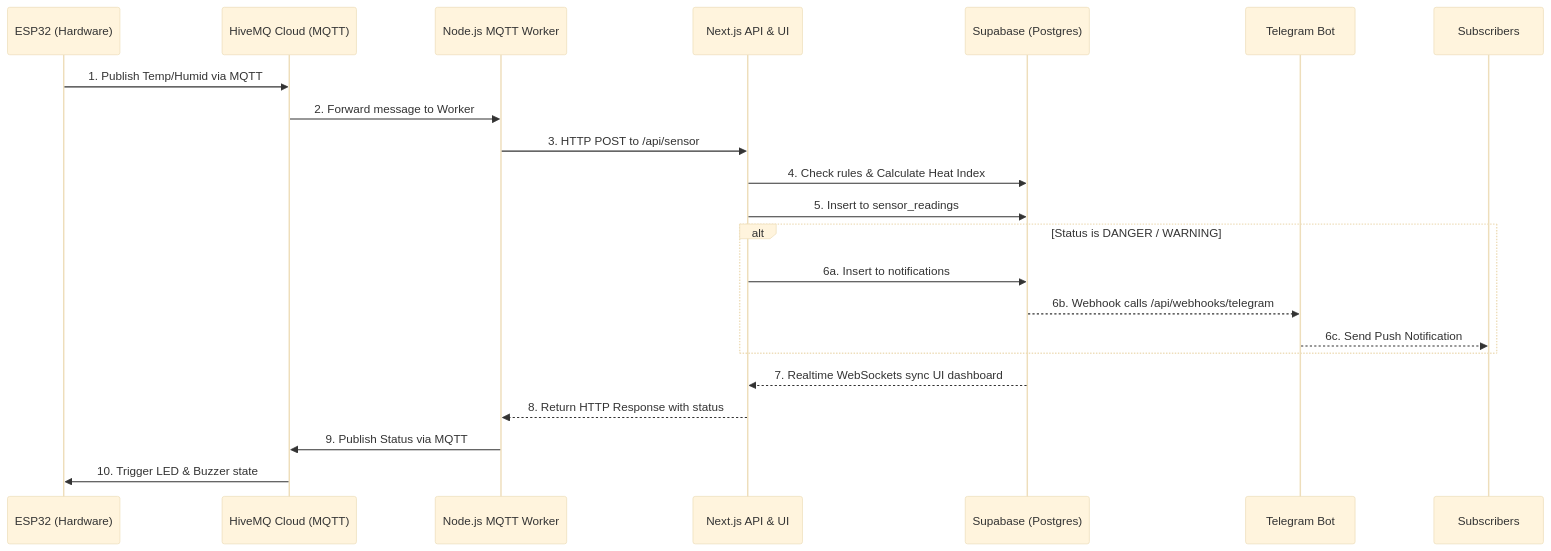
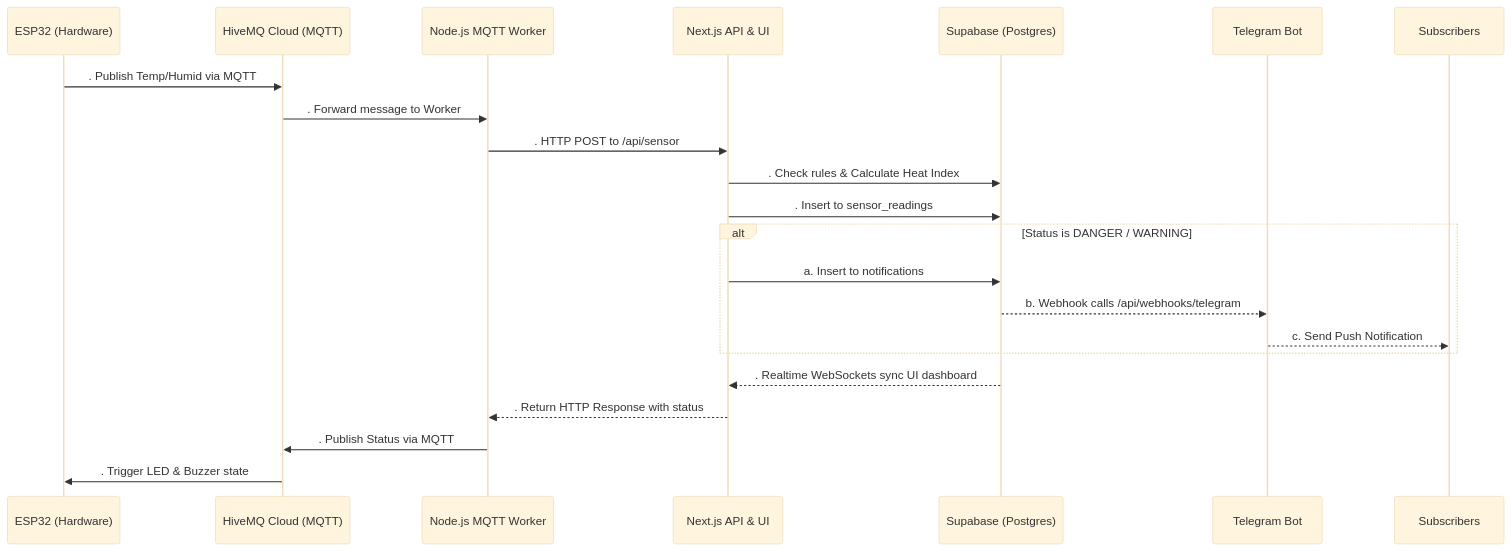
Before and after one commit to boyishwara/omaggot: the second of 5 diagrams in README.md, drawn with Mermaid (base theme). The commit also changed other lines of this file, not shown here.

````diff
--- a/README.md
+++ b/README.md
@@ -51,27 +51,27 @@
 ```mermaid
 sequenceDiagram
     participant ESP32 as ESP32 (Hardware)
     participant HiveMQ as HiveMQ Cloud (MQTT)
     participant Worker as Node.js MQTT Worker
     participant NextJS as Next.js API & UI
     participant Supabase as Supabase (Postgres)
     participant Telegram as Telegram Bot
-    
-    ESP32->>HiveMQ: 1. Publish Temp/Humid via MQTT
-    HiveMQ->>Worker: 2. Forward message to Worker
-    Worker->>NextJS: 3. HTTP POST to /api/sensor
-    
-    NextJS->>Supabase: 4. Check rules & Calculate Heat Index
-    NextJS->>Supabase: 5. Insert to sensor_readings
-    
+
+    ESP32->>HiveMQ: . Publish Temp/Humid via MQTT
+    HiveMQ->>Worker: . Forward message to Worker
+    Worker->>NextJS: . HTTP POST to /api/sensor
+
+    NextJS->>Supabase: . Check rules & Calculate Heat Index
+    NextJS->>Supabase: . Insert to sensor_readings
+
     alt Status is DANGER / WARNING
-        NextJS->>Supabase: 6a. Insert to notifications
-        Supabase-->>Telegram: 6b. Webhook calls /api/webhooks/telegram
-        Telegram-->>Subscribers: 6c. Send Push Notification
+        NextJS->>Supabase: a. Insert to notifications
+        Supabase-->>Telegram: b. Webhook calls /api/webhooks/telegram
+        Telegram-->>Subscribers: c. Send Push Notification
     end
-    
-    Supabase-->>NextJS: 7. Realtime WebSockets sync UI dashboard
-    NextJS-->>Worker: 8. Return HTTP Response with status
-    Worker->>HiveMQ: 9. Publish Status via MQTT
-    HiveMQ->>ESP32: 10. Trigger LED & Buzzer state
+
+    Supabase-->>NextJS: . Realtime WebSockets sync UI dashboard
+    NextJS-->>Worker: . Return HTTP Response with status
+    Worker->>HiveMQ: . Publish Status via MQTT
+    HiveMQ->>ESP32: . Trigger LED & Buzzer state
 ```
````
